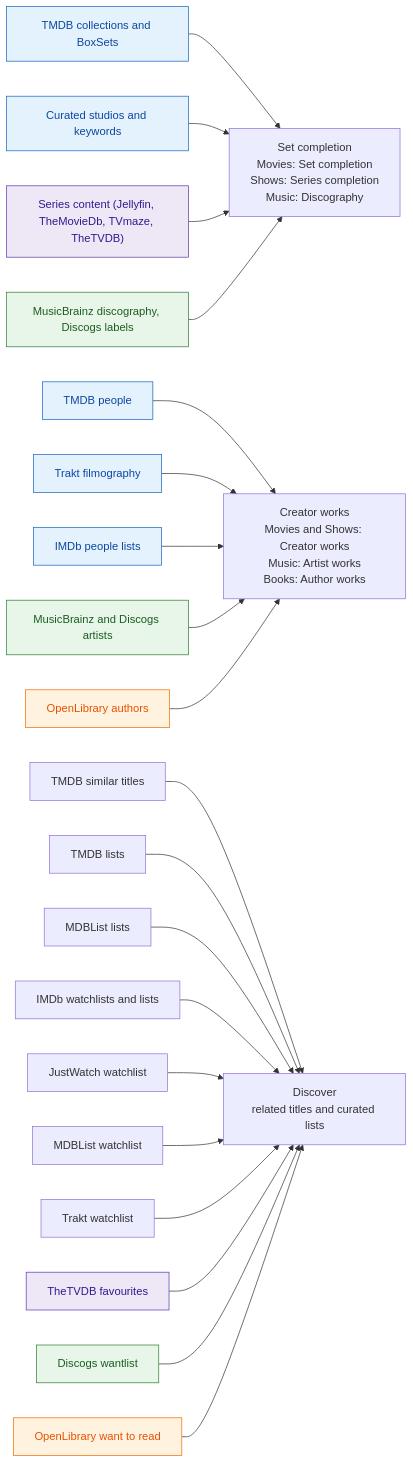
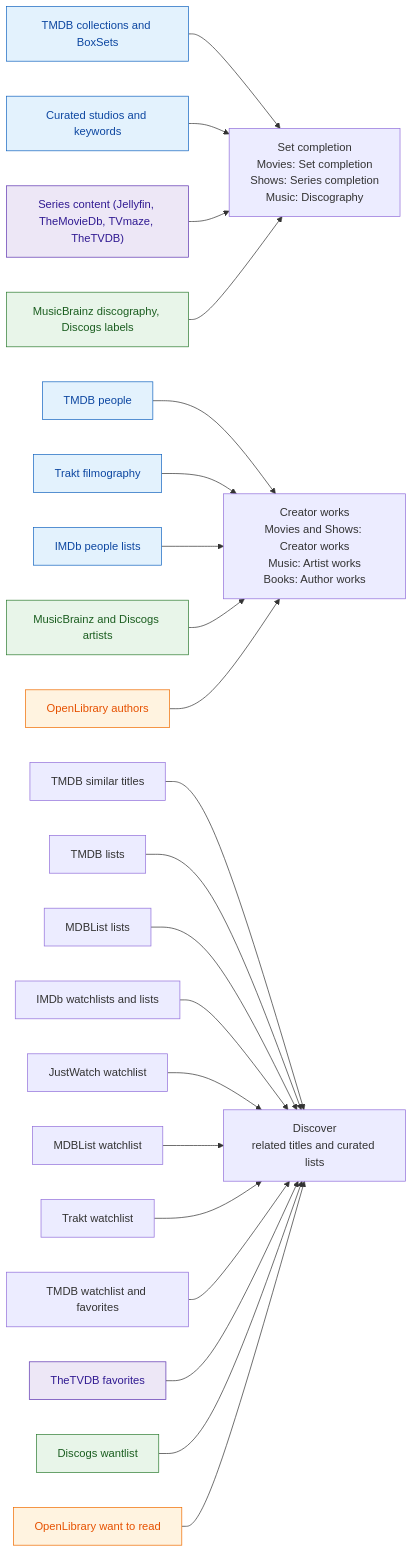
The first of 2 diagrams in README.md (IDisposable/jellyfin-plugin-mindthegaps), drawn with Mermaid before and after one commit. The commit also changed other lines of this file and 72 other files, not shown here.

````diff
--- a/README.md
+++ b/README.md
@@ -48,33 +48,34 @@
 ```mermaid
 flowchart LR
     classDef movies fill:#e3f2fd,stroke:#1565c0,color:#0d47a1;
     classDef shows fill:#ede7f6,stroke:#5e35b1,color:#311b92;
     classDef music fill:#e8f5e9,stroke:#2e7d32,color:#1b5e20;
     classDef books fill:#fff3e0,stroke:#ef6c00,color:#e65100;
 
     col["TMDB collections and BoxSets"]:::movies --> SET
     cur["Curated studios and keywords"]:::movies --> SET
     ser["Series content (Jellyfin, TheMovieDb, TVmaze, TheTVDB)"]:::shows --> SET
     mbd["MusicBrainz discography, Discogs labels"]:::music --> SET
 
     ppl["TMDB people"]:::movies --> CRE
     trk["Trakt filmography"]:::movies --> CRE
     ipl["IMDb people lists"]:::movies --> CRE
     art["MusicBrainz and Discogs artists"]:::music --> CRE
     aut["OpenLibrary authors"]:::books --> CRE
 
     sim["TMDB similar titles"] --> DIS
     tli["TMDB lists"] --> DIS
     mli["MDBList lists"] --> DIS
     ili["IMDb watchlists and lists"] --> DIS
     jwl["JustWatch watchlist"] --> DIS
     mwl["MDBList watchlist"] --> DIS
     twl["Trakt watchlist"] --> DIS
-    tvf["TheTVDB favourites"]:::shows --> DIS
+    tmw["TMDB watchlist and favorites"] --> DIS
+    tvf["TheTVDB favorites"]:::shows --> DIS
     dwl["Discogs wantlist"]:::music --> DIS
     owl["OpenLibrary want to read"]:::books --> DIS
 
     SET["Set completion<br/>Movies: Set completion<br/>Shows: Series completion<br/>Music: Discography"]
     CRE["Creator works<br/>Movies and Shows: Creator works<br/>Music: Artist works<br/>Books: Author works"]
     DIS["Discover<br/>related titles and curated lists"]
 ```
````
